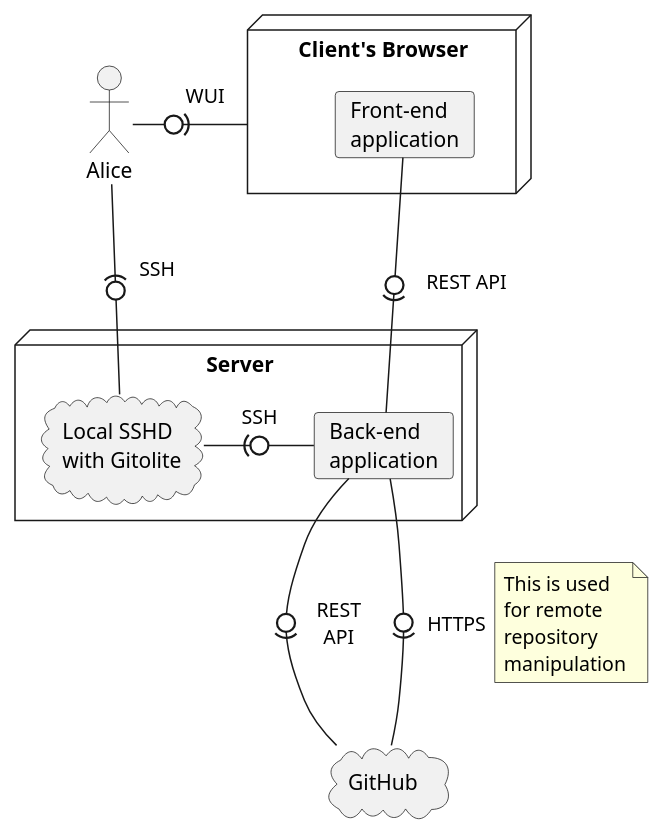
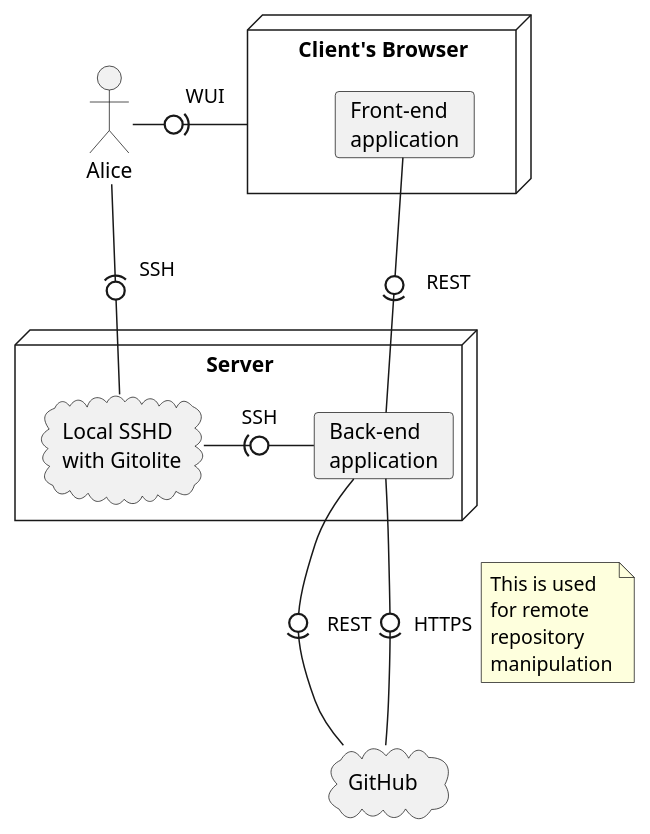
One commit to smolijar/gitwiki-thesis changed the diagram in src/assets/diagram/architecture.plantuml. Above: the diagram before and after it, drawn with PlantUML. The commit also changed 6 other files, not shown here.

```diff
--- a/src/assets/diagram/architecture.plantuml
+++ b/src/assets/diagram/architecture.plantuml
@@ -1,33 +1,33 @@
 @startuml
 ' left to right direction
 
 
 node Server {
   cloud "Local SSHD\nwith Gitolite" as gitolite
   card "Back-end\napplication" as be
 }
 
 cloud GitHub as gh
 
 node "Client's Browser" as client {
   card "Front-end\napplication" as fe
 }
 
 actor Alice
 
 
-fe -0)- be : "\n   REST API"
+fe -0)- be : "\n   REST"
 be -right0)- gitolite : "SSH"
-be -0)- gh : "REST    \nAPI    "
+be -0)- gh : "REST"
 be -0)- gh : "  HTTPS"
 note right on link
 This is used
 for remote
 repository
 manipulation
 end note
 
 Alice -left0)- client: "   WUI    "
 Alice -(0- gitolite: "  SSH"
 
 @enduml
```
